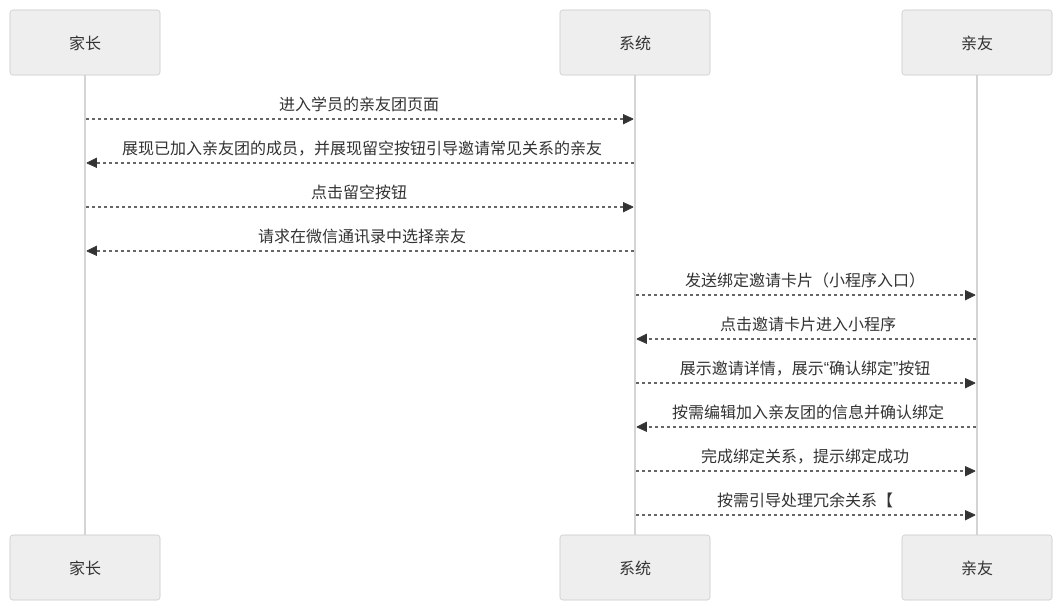
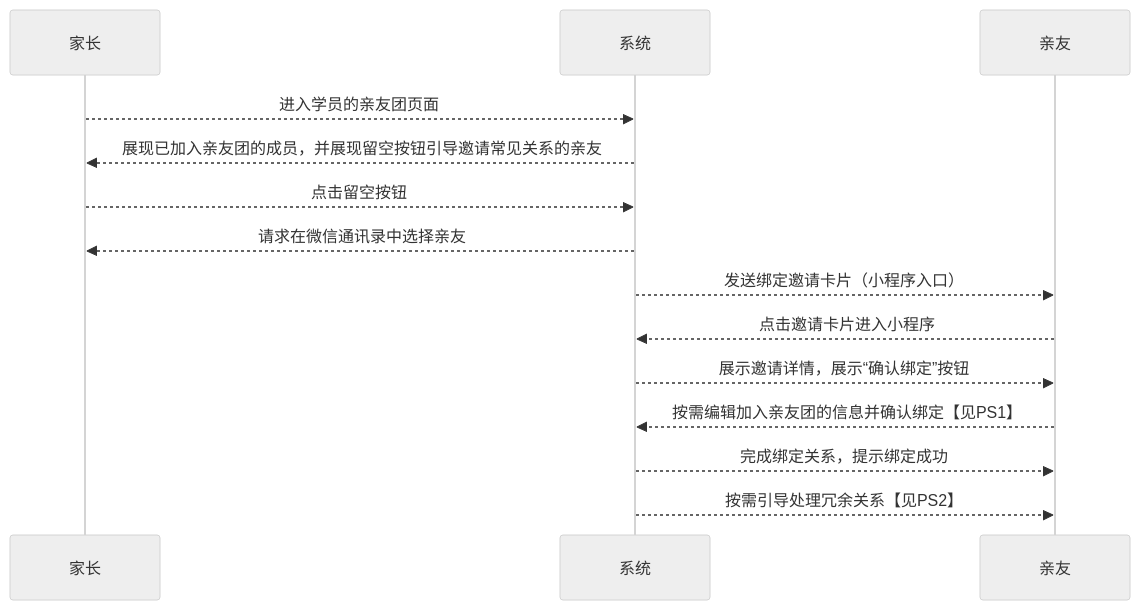
Before and after one commit to world-wide-web/sign: the first of 2 diagrams in 用例/家长-学员关系绑定.md, drawn with Mermaid (neutral theme). The commit also changed other lines of this file, not shown here.

````diff
--- a/用例/家长-学员关系绑定.md
+++ b/用例/家长-学员关系绑定.md
@@ -10,24 +10,24 @@
 ```mermaid
 sequenceDiagram
 
 家长-->>系统: 进入学员的亲友团页面
 
 系统-->>家长: 展现已加入亲友团的成员，并展现留空按钮引导邀请常见关系的亲友
 
 家长-->>系统: 点击留空按钮
 
 系统-->>家长: 请求在微信通讯录中选择亲友
 
 系统-->>亲友: 发送绑定邀请卡片（小程序入口）
 
 亲友-->>系统: 点击邀请卡片进入小程序
 
 系统-->>亲友: 展示邀请详情，展示“确认绑定”按钮
 
-亲友-->>系统: 按需编辑加入亲友团的信息并确认绑定
+亲友-->>系统: 按需编辑加入亲友团的信息并确认绑定【见PS1】
 
 系统-->>亲友: 完成绑定关系，提示绑定成功
 
-系统-->>亲友: 按需引导处理冗余关系【
+系统-->>亲友: 按需引导处理冗余关系【见PS2】
 
 ```
````
